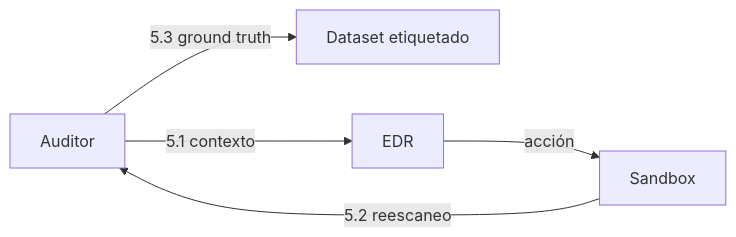
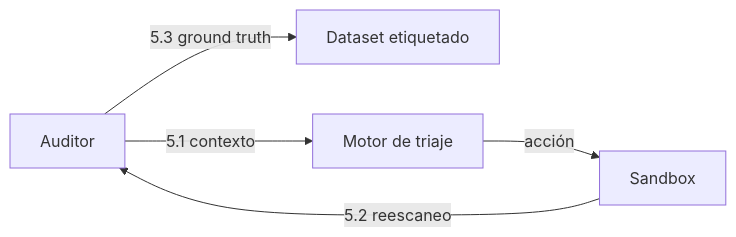
One commit to vBlanyer/domotai-pasantia changed the diagram in documentacion/04-fase4-diseno-de-arquitectura/auditoria-de-vulnerabilidades-del-sandbox.md. Above: the diagram before and after it, drawn with Mermaid. The commit also changed other lines of this file and 11 other files, not shown here.

````diff
--- a/documentacion/04-fase4-diseno-de-arquitectura/auditoria-de-vulnerabilidades-del-sandbox.md
+++ b/documentacion/04-fase4-diseno-de-arquitectura/auditoria-de-vulnerabilidades-del-sandbox.md
@@ -89,7 +89,7 @@
 ```mermaid
 flowchart LR
     AUD["Auditor"] -->|"5.3 ground truth"| DS["Dataset etiquetado"]
-    AUD -->|"5.1 contexto"| EDR["EDR"]
-    EDR -->|acción| SBX["Sandbox"]
+    AUD -->|"5.1 contexto"| TRI["Motor de triaje"]
+    TRI -->|acción| SBX["Sandbox"]
     SBX -->|"5.2 reescaneo"| AUD
 ```
````
